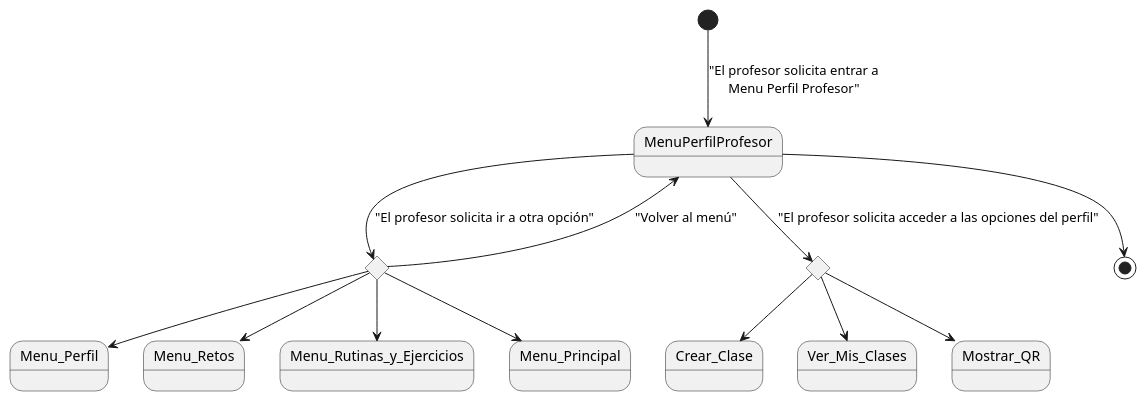
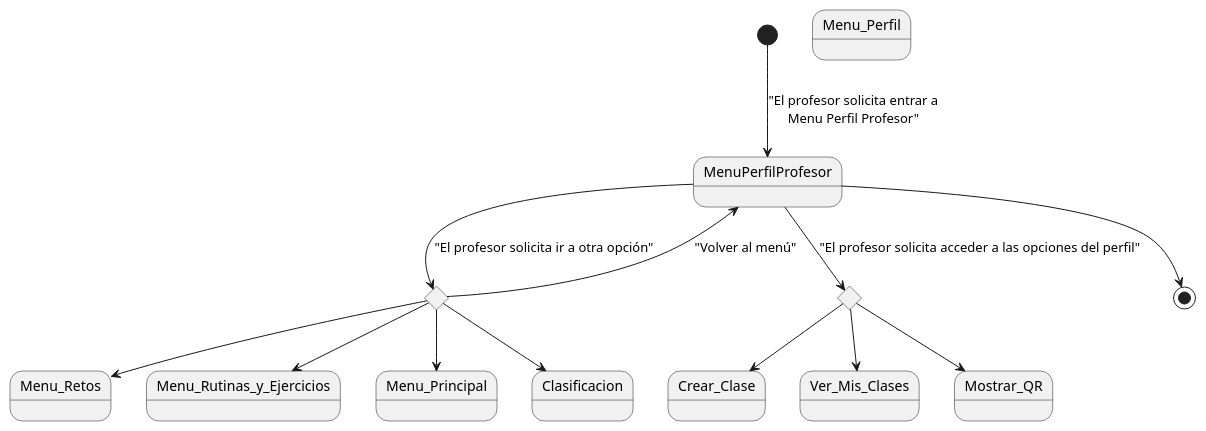
Before and after one commit to mmasias/24-25-IdSw1-SDR: the diagram in Documentos/DetallarCasosDeUso/Profesor/MenuPerfilProfesor.puml, drawn with PlantUML. The commit also changed 3 other files, not shown here.

Commit message:
Diagrama detallado Crear clase

```diff
--- a/Documentos/DetallarCasosDeUso/Profesor/MenuPerfilProfesor.puml
+++ b/Documentos/DetallarCasosDeUso/Profesor/MenuPerfilProfesor.puml
@@ -1,29 +1,29 @@
 @startuml
 state MenuPerfilProfesor
 state rombo1 <<choice>>
 state rombo2 <<choice>>
 state Crear_Clase
 state Ver_Mis_Clases
 state Mostrar_QR
 state Menu_Perfil
 state Menu_Retos
 state Menu_Rutinas_y_Ejercicios
 state Menu_Principal
 
 [*] --> MenuPerfilProfesor : "El profesor solicita entrar a\nMenu Perfil Profesor"
 
 MenuPerfilProfesor --> rombo2 : "El profesor solicita acceder a las opciones del perfil"
 rombo2 --> Crear_Clase
 rombo2 --> Ver_Mis_Clases
 rombo2 --> Mostrar_QR 
 
 
 MenuPerfilProfesor --> rombo1 : "El profesor solicita ir a otra opción"
-rombo1 --> Menu_Perfil
+rombo1 --> Clasificacion
 rombo1 --> Menu_Retos
 rombo1 --> Menu_Rutinas_y_Ejercicios
 rombo1 --> Menu_Principal
 rombo1 --> MenuPerfilProfesor : "Volver al menú"
 
 MenuPerfilProfesor --> [*]
 @enduml
```
